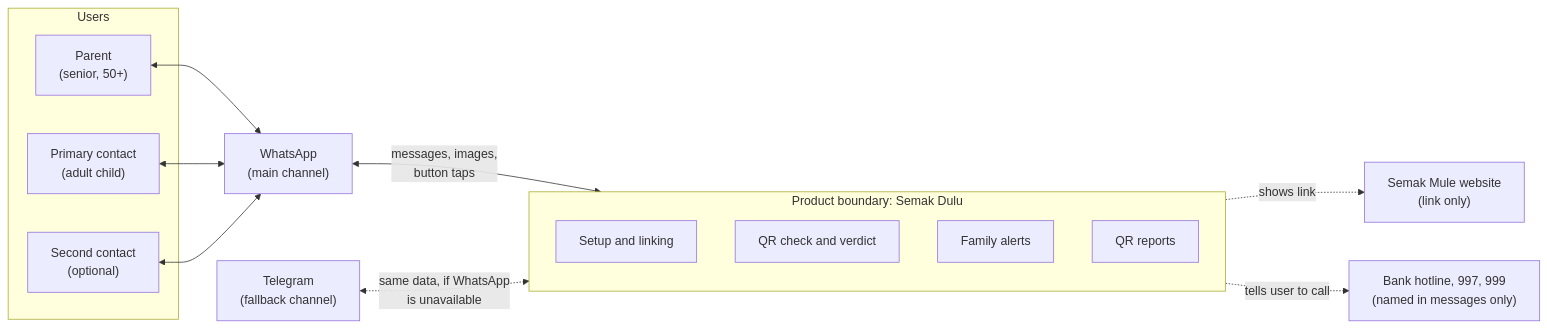
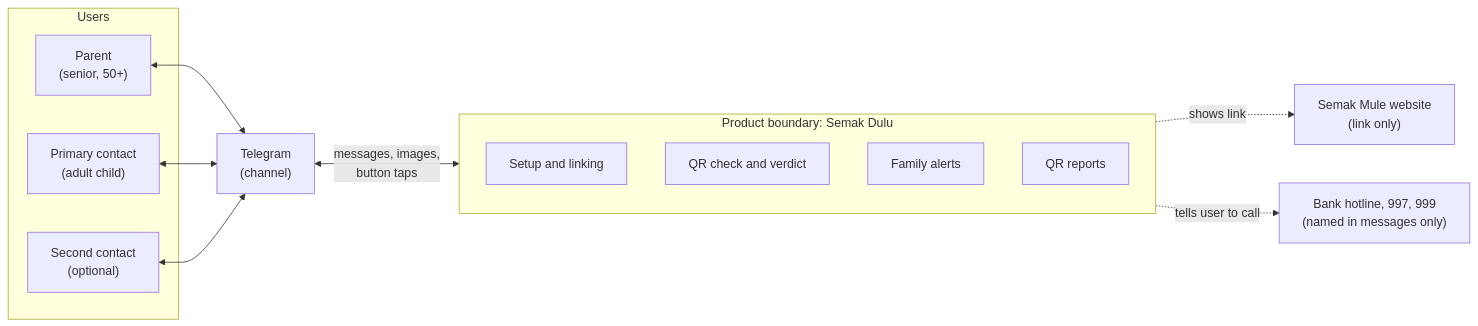
One commit to WolffeyX/Public-.env-File-Cybersecurity-and-Digital-Safety changed the diagram in docs/diagrams/srs-01-scope.mmd. Above: the diagram before and after it, drawn with Mermaid. The commit also changed 17 other files, not shown here.

Commit message:
Docs v1.1: Telegram only, refresh diagrams, remove sprint plan

```diff
--- a/docs/diagrams/srs-01-scope.mmd
+++ b/docs/diagrams/srs-01-scope.mmd
@@ -1,23 +1,21 @@
 flowchart LR
   subgraph Users["Users"]
     P["Parent<br/>(senior, 50+)"]
     C["Primary contact<br/>(adult child)"]
     S["Second contact<br/>(optional)"]
   end
   subgraph Product["Product boundary: Semak Dulu"]
     F1["Setup and linking"]
     F2["QR check and verdict"]
     F3["Family alerts"]
     F4["QR reports"]
   end
-  WA["WhatsApp<br/>(main channel)"]
-  TG["Telegram<br/>(fallback channel)"]
+  TG["Telegram<br/>(channel)"]
   SM["Semak Mule website<br/>(link only)"]
   BK["Bank hotline, 997, 999<br/>(named in messages only)"]
-  P <--> WA
-  C <--> WA
-  S <--> WA
-  WA <-- "messages, images,<br/>button taps" --> Product
-  TG <-. "same data, if WhatsApp<br/>is unavailable" .-> Product
+  P <--> TG
+  C <--> TG
+  S <--> TG
+  TG <-- "messages, images,<br/>button taps" --> Product
   Product -. "shows link" .-> SM
   Product -. "tells user to call" .-> BK
```
